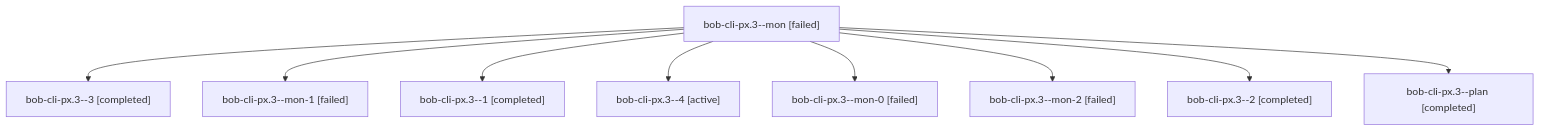
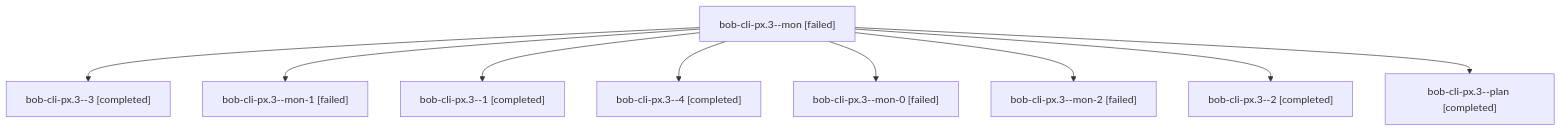
The diagram in sessions/bbugyi200.athena.bob-cli-px.3.md (bobs-org/bob-cli--agents), drawn with Mermaid before and after one commit. The commit also changed other lines of this file and 19 other files, not shown here.

````diff
--- a/sessions/bbugyi200.athena.bob-cli-px.3.md
+++ b/sessions/bbugyi200.athena.bob-cli-px.3.md
@@ -9,20 +9,20 @@
 ```mermaid
 flowchart TD
   n0["bob-cli-px.3--mon [failed]"]
   n1["bob-cli-px.3--3 [completed]"]
   n0 --> n1
   n2["bob-cli-px.3--mon-1 [failed]"]
   n0 --> n2
   n3["bob-cli-px.3--1 [completed]"]
   n0 --> n3
-  n4["bob-cli-px.3--4 [active]"]
+  n4["bob-cli-px.3--4 [completed]"]
   n0 --> n4
   n5["bob-cli-px.3--mon-0 [failed]"]
   n0 --> n5
   n6["bob-cli-px.3--mon-2 [failed]"]
   n0 --> n6
   n7["bob-cli-px.3--2 [completed]"]
   n0 --> n7
   n8["bob-cli-px.3--plan [completed]"]
   n0 --> n8
 ```
````
